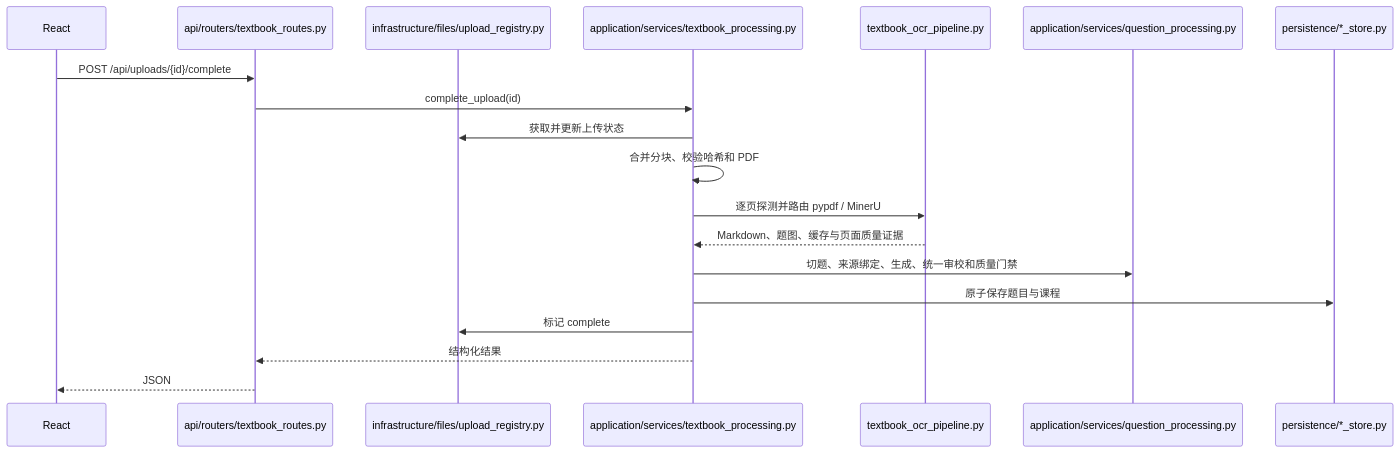
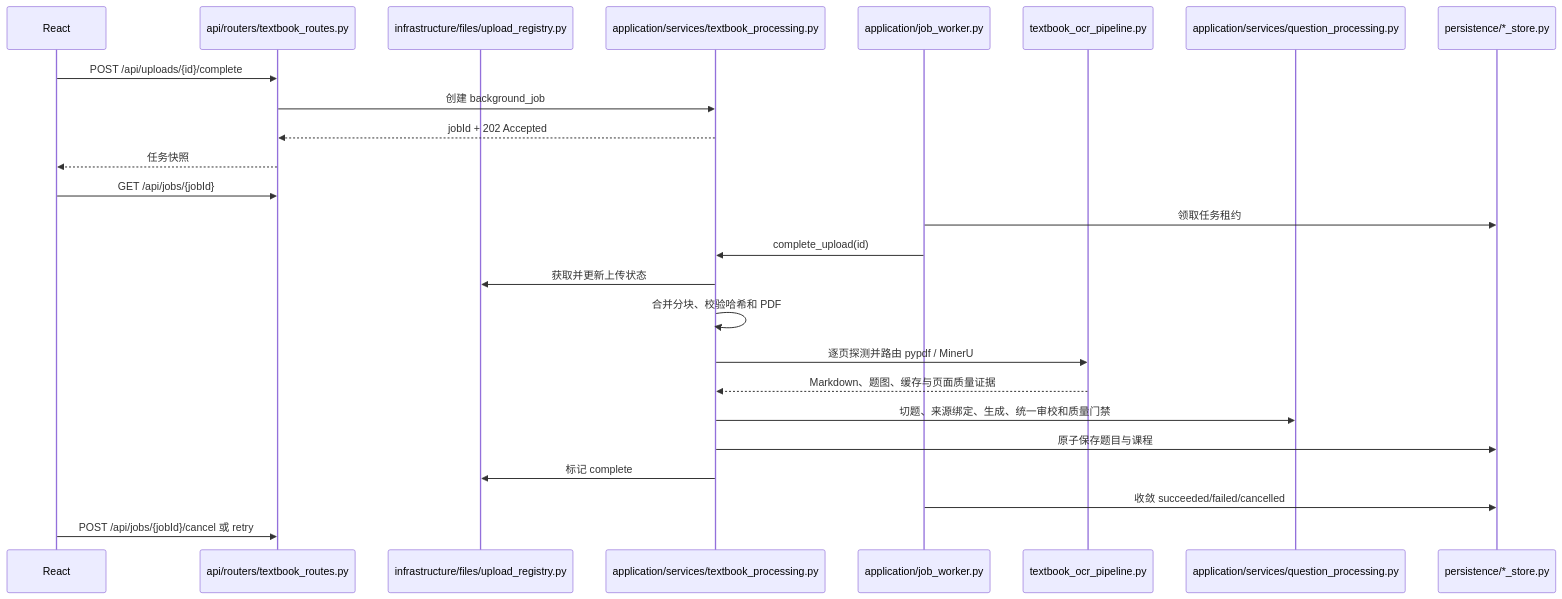
The second of 2 diagrams in docs/backend-learning-guide.md (ningkaikok/dotty-tutor), drawn with Mermaid before and after one commit. The commit also changed other lines of this file and 51 other files, not shown here.

````diff
--- a/docs/backend-learning-guide.md
+++ b/docs/backend-learning-guide.md
@@ -47,22 +47,28 @@
 ```mermaid
 sequenceDiagram
   participant UI as React
   participant Route as api/routers/textbook_routes.py
   participant Registry as infrastructure/files/upload_registry.py
   participant Service as application/services/textbook_processing.py
+  participant Worker as application/job_worker.py
   participant OCR as textbook_ocr_pipeline.py
   participant Pipeline as application/services/question_processing.py
   participant Store as persistence/*_store.py
 
   UI->>Route: POST /api/uploads/{id}/complete
-  Route->>Service: complete_upload(id)
+  Route->>Service: 创建 background_job
+  Service-->>Route: jobId + 202 Accepted
+  Route-->>UI: 任务快照
+  UI->>Route: GET /api/jobs/{jobId}
+  Worker->>Store: 领取任务租约
+  Worker->>Service: complete_upload(id)
   Service->>Registry: 获取并更新上传状态
   Service->>Service: 合并分块、校验哈希和 PDF
   Service->>OCR: 逐页探测并路由 pypdf / MinerU
   OCR-->>Service: Markdown、题图、缓存与页面质量证据
   Service->>Pipeline: 切题、来源绑定、生成、统一审校和质量门禁
   Service->>Store: 原子保存题目与课程
   Service->>Registry: 标记 complete
-  Service-->>Route: 结构化结果
-  Route-->>UI: JSON
+  Worker->>Store: 收敛 succeeded/failed/cancelled
+  UI->>Route: POST /api/jobs/{jobId}/cancel 或 retry
 ```
````
